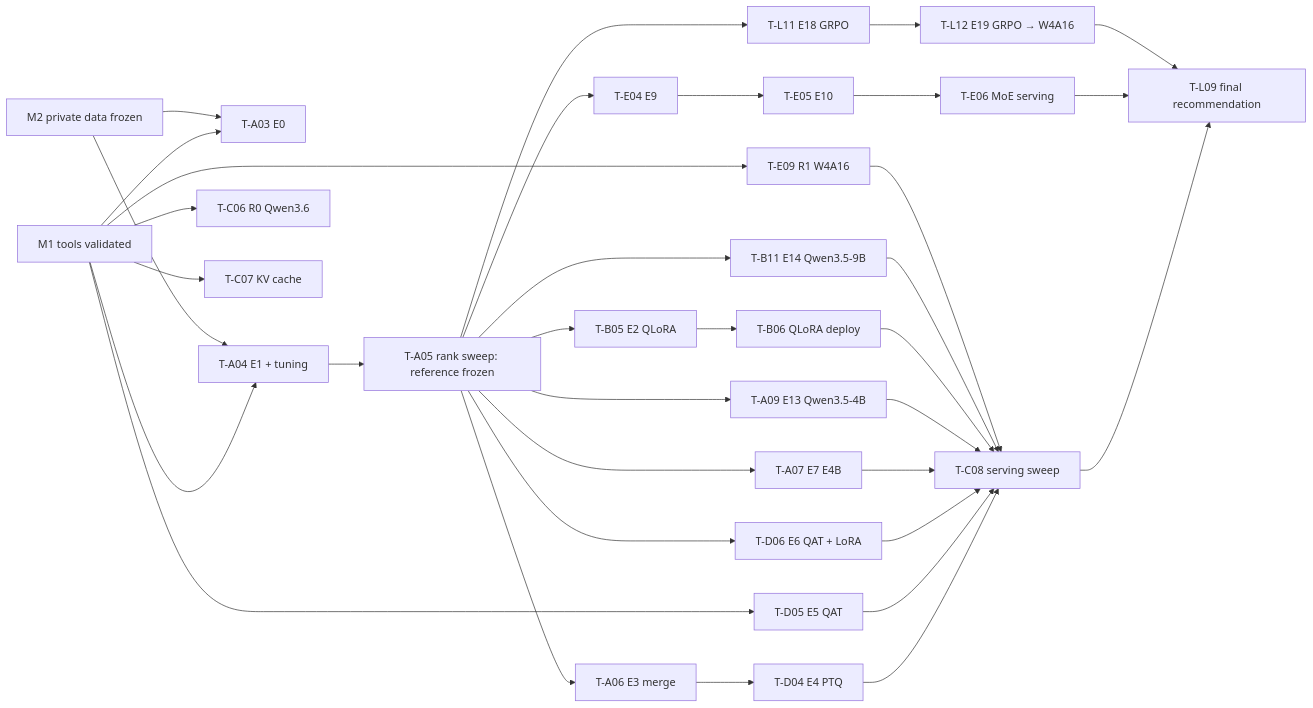
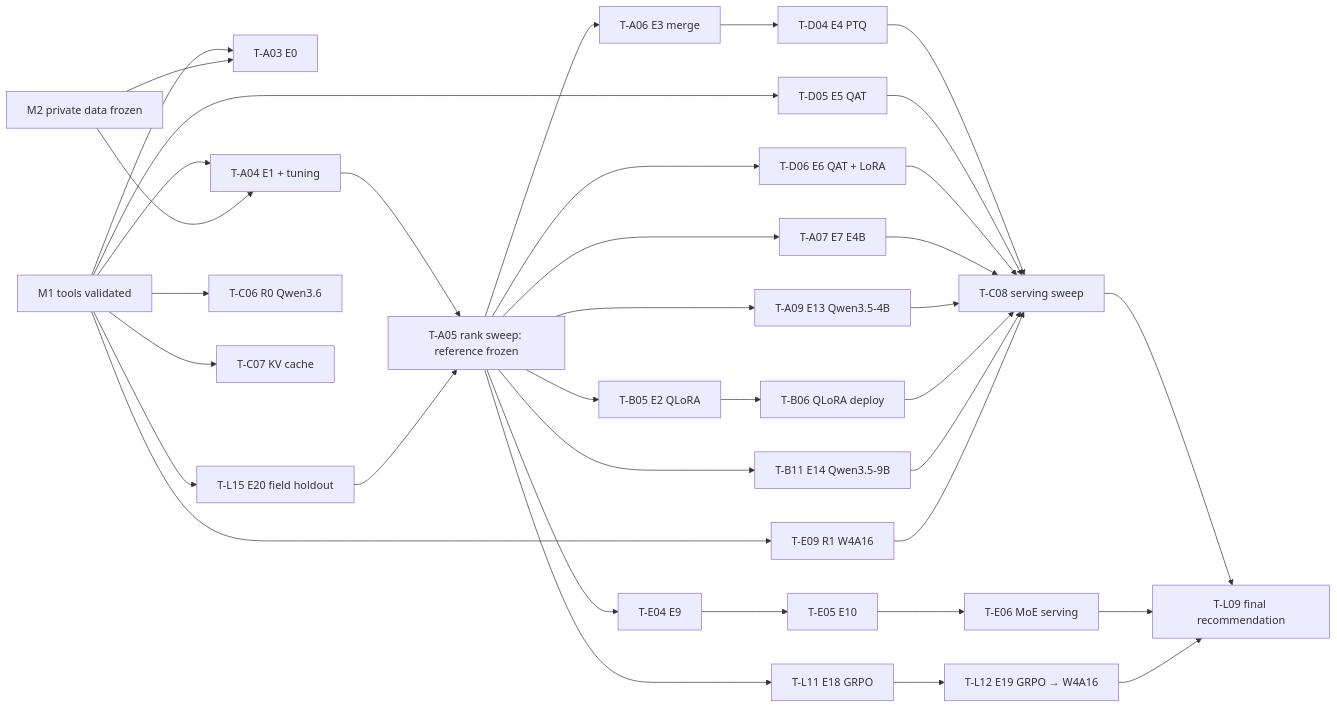
Before and after one commit to hidrochin/llm-optimization-lab: the diagram in TASKS.md, drawn with Mermaid. The commit also changed other lines of this file and 4 other files, not shown here.

````diff
--- a/TASKS.md
+++ b/TASKS.md
@@ -110,14 +110,15 @@
 ```mermaid
 flowchart LR
     M1["M1 tools validated"] & M2["M2 private data frozen"] --> A03["T-A03 E0"] & A04["T-A04 E1 + tuning"]
-    A04 --> A05["T-A05 rank sweep: reference frozen"]
+    M1 --> L15["T-L15 E20 field holdout"]
+    A04 & L15 --> A05["T-A05 rank sweep: reference frozen"]
     A05 --> A06["T-A06 E3 merge"] & A07["T-A07 E7 E4B"] & B05["T-B05 E2 QLoRA"] & D06["T-D06 E6 QAT + LoRA"] & E04["T-E04 E9"]
     A05 --> A09["T-A09 E13 Qwen3.5-4B"] & B11["T-B11 E14 Qwen3.5-9B"] & L11["T-L11 E18 GRPO"]
     A06 --> D04["T-D04 E4 PTQ"]
     M1 --> D05["T-D05 E5 QAT"] & C06["T-C06 R0 Qwen3.6"] & C07["T-C07 KV cache"] & E09["T-E09 R1 W4A16"]
     B05 --> B06["T-B06 QLoRA deploy"]
     E04 --> E05["T-E05 E10"] --> E06["T-E06 MoE serving"]
     L11 --> L12["T-L12 E19 GRPO → W4A16"]
     D04 & D05 & D06 & A07 & A09 & B06 & B11 & E09 --> C08["T-C08 serving sweep"]
     C08 & E06 & L12 --> L09["T-L09 final recommendation"]
 ```
````
